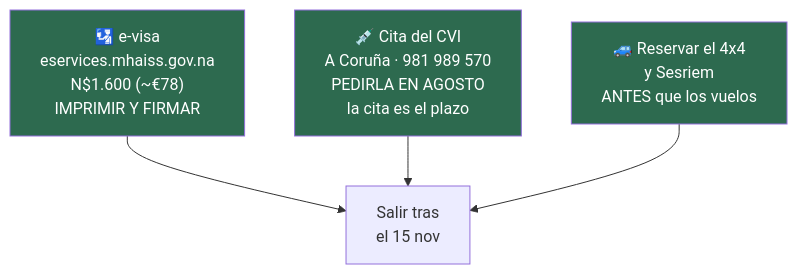
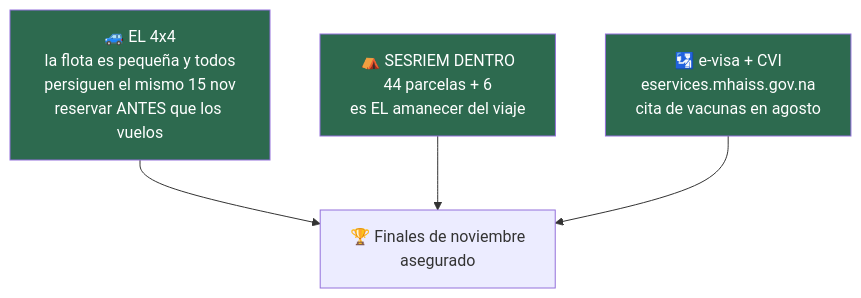
One commit to morandeirachema/namibia changed the eighth of 9 diagrams in README.md. Above: the diagram before and after it, drawn with Mermaid. The commit also changed other lines of this file, not shown here.

````diff
--- a/README.md
+++ b/README.md
@@ -223,12 +251,12 @@
 ```mermaid
 flowchart TD
-    A["🛂 e-visa<br/>eservices.mhaiss.gov.na<br/>N$1.600 (~€78)<br/>IMPRIMIR Y FIRMAR"]
-    B["💉 Cita del CVI<br/>A Coruña · 981 989 570<br/>PEDIRLA EN AGOSTO<br/>la cita es el plazo"]
-    C["🚙 Reservar el 4x4<br/>y Sesriem<br/>ANTES que los vuelos"]
-    A --> D["Salir tras<br/>el 15 nov"]
+    A["🚙 EL 4x4<br/>la flota es pequeña y todos<br/>persiguen el mismo 15 nov<br/>reservar ANTES que los vuelos"]
+    B["⛺ SESRIEM DENTRO<br/>44 parcelas + 6<br/>es EL amanecer del viaje"]
+    C["🛂 e-visa + CVI<br/>eservices.mhaiss.gov.na<br/>cita de vacunas en agosto"]
+    A --> D["🏆 Finales de noviembre<br/>asegurado"]
     B --> D
     C --> D
     style A fill:#2d6a4f,color:#fff
     style B fill:#2d6a4f,color:#fff
     style C fill:#2d6a4f,color:#fff
 ```
````
